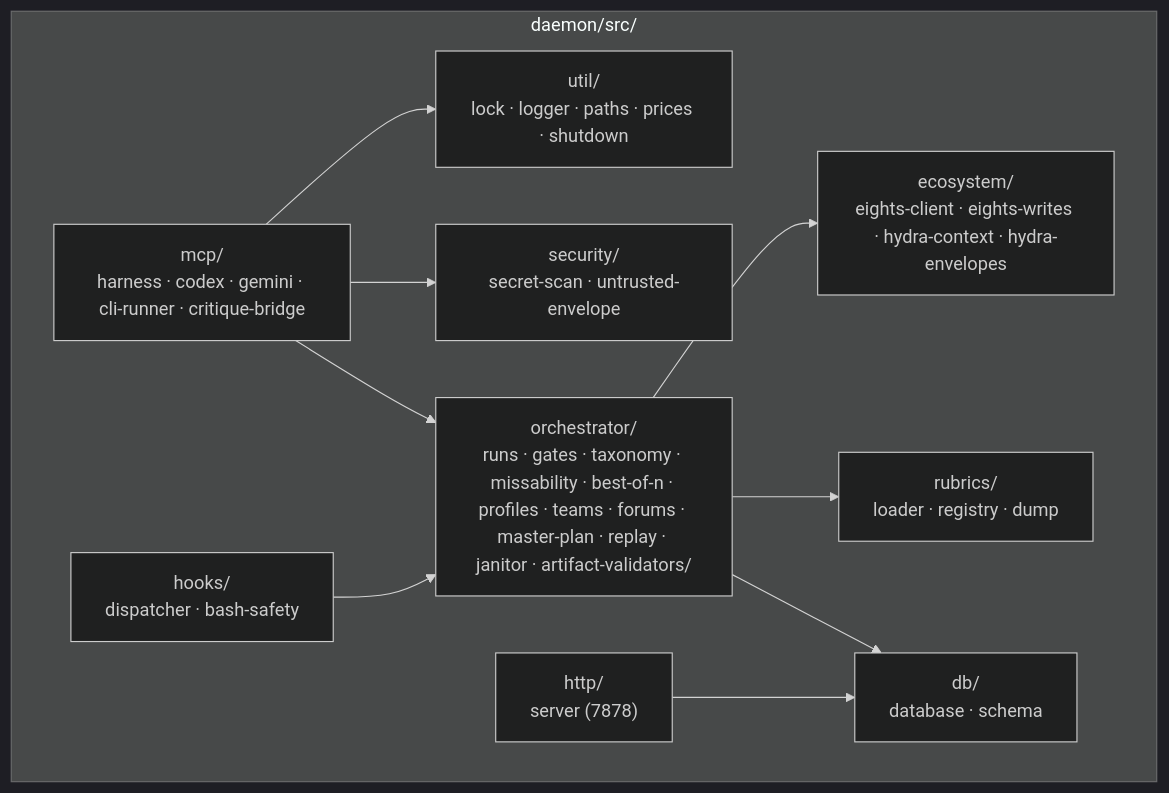
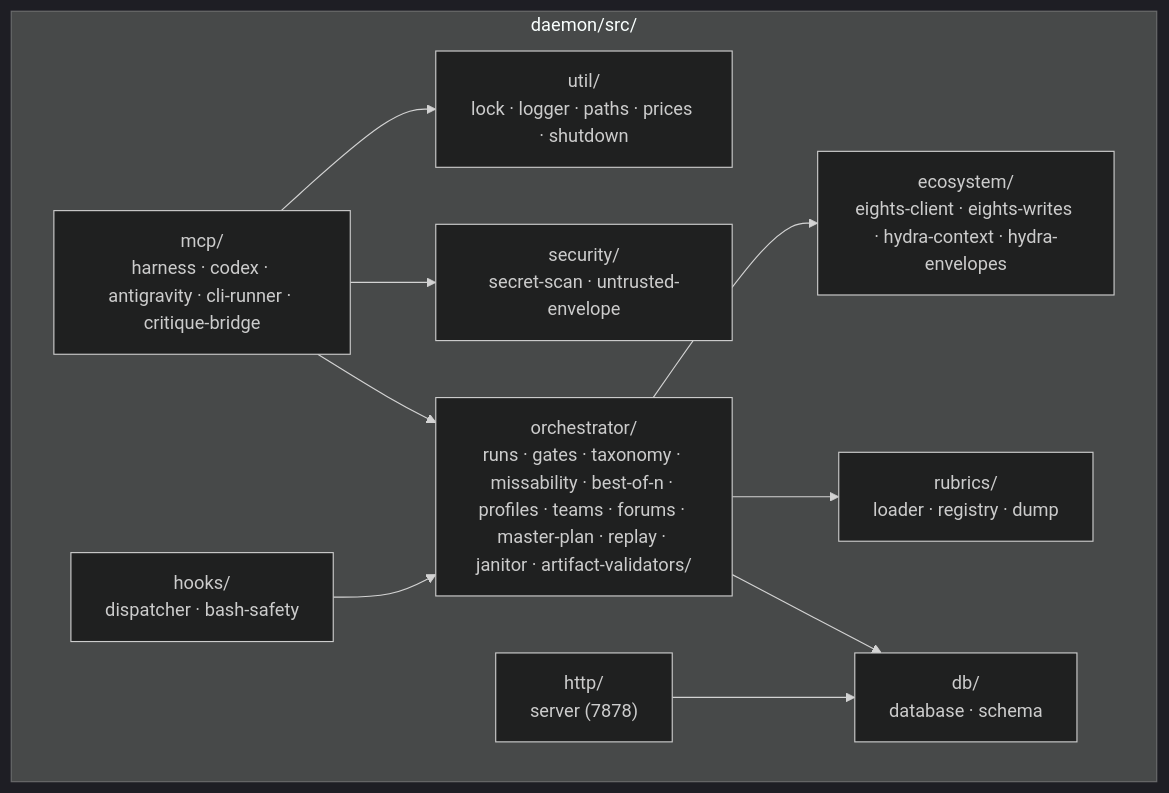
The fourth of 7 diagrams in ARCHITECTURE.md (lebobo88/pair-programmer), drawn with Mermaid before and after one commit. The commit also changed other lines of this file and 120 other files, not shown here.

````diff
--- a/ARCHITECTURE.md
+++ b/ARCHITECTURE.md
@@ -268,24 +268,24 @@
 ```mermaid
 %%{init: {'theme':'dark'}}%%
 flowchart TB
     subgraph daemon_src["daemon/src/"]
-        MCP["mcp/<br/>harness · codex · gemini · cli-runner · critique-bridge"]
+        MCP["mcp/<br/>harness · codex · antigravity · cli-runner · critique-bridge"]
         ORCH["orchestrator/<br/>runs · gates · taxonomy · missability · best-of-n · profiles · teams · forums · master-plan · replay · janitor · artifact-validators/"]
         ECO["ecosystem/<br/>eights-client · eights-writes · hydra-context · hydra-envelopes"]
         HOOKS["hooks/<br/>dispatcher · bash-safety"]
         SEC["security/<br/>secret-scan · untrusted-envelope"]
         DB["db/<br/>database · schema"]
         HTTP["http/<br/>server (7878)"]
         RUB["rubrics/<br/>loader · registry · dump"]
         UTIL["util/<br/>lock · logger · paths · prices · shutdown"]
     end
 
     MCP --> ORCH
     ORCH --> DB
     ORCH --> RUB
     ORCH --> ECO
     MCP --> SEC
     HOOKS --> ORCH
     MCP --> UTIL
     HTTP --> DB
 ```
````
